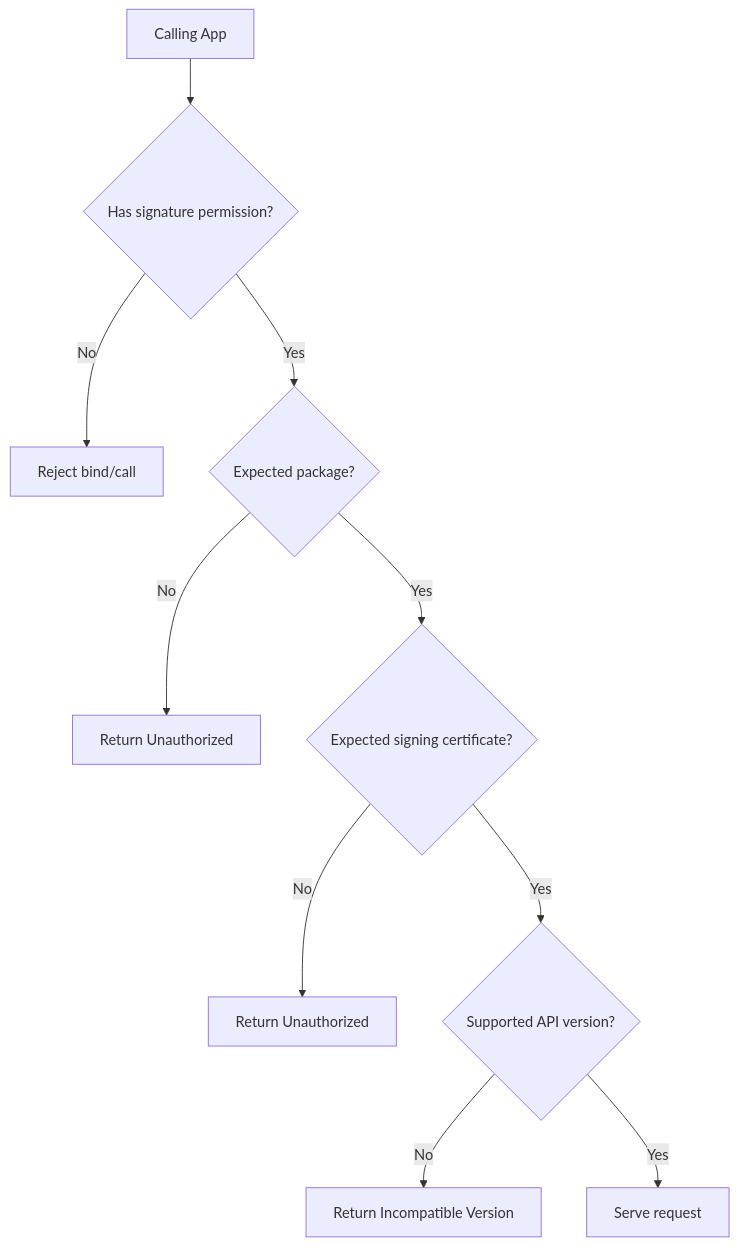
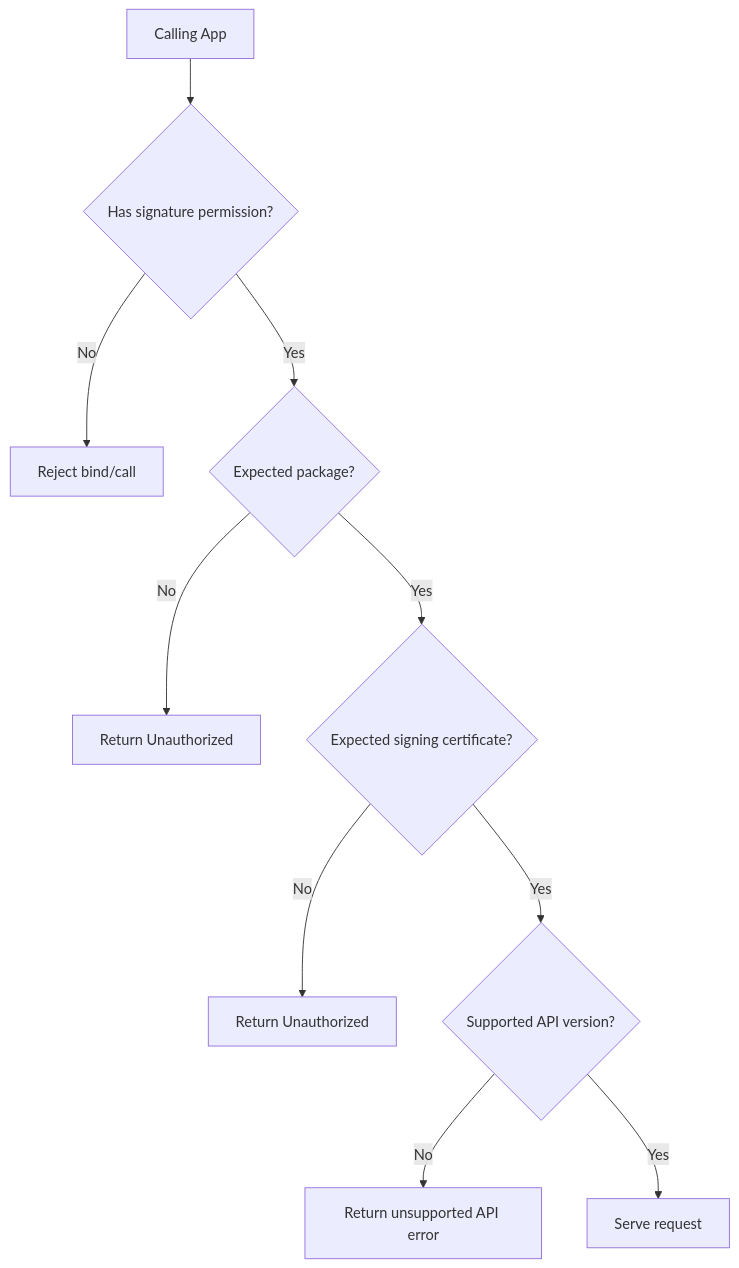
One commit to Yaniv-Benhaim/unity-news-app changed the fourth of 9 diagrams in DESIGN.md. Above: the diagram before and after it, drawn with Mermaid. The commit also changed other lines of this file, not shown here.

````diff
--- a/DESIGN.md
+++ b/DESIGN.md
@@ -203,12 +203,12 @@
 ```mermaid
 flowchart TD
     Caller["Calling App"] --> Permission{"Has signature permission?"}
     Permission -- "No" --> Deny1["Reject bind/call"]
     Permission -- "Yes" --> Package{"Expected package?"}
     Package -- "No" --> Deny2["Return Unauthorized"]
     Package -- "Yes" --> Signature{"Expected signing certificate?"}
     Signature -- "No" --> Deny3["Return Unauthorized"]
     Signature -- "Yes" --> Version{"Supported API version?"}
-    Version -- "No" --> Incompatible["Return Incompatible Version"]
+    Version -- "No" --> ApiError["Return unsupported API error"]
     Version -- "Yes" --> Serve["Serve request"]
 ```
````
